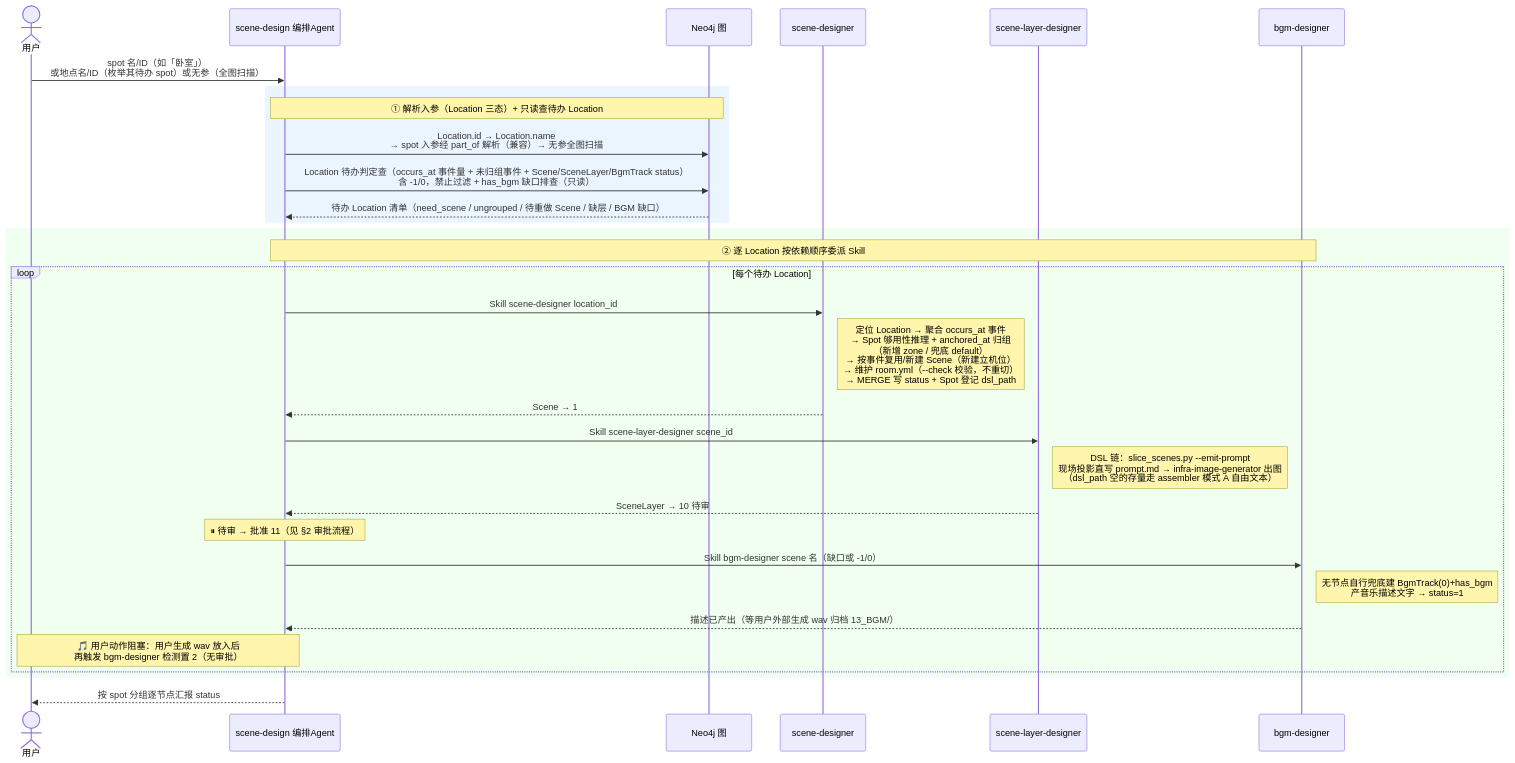
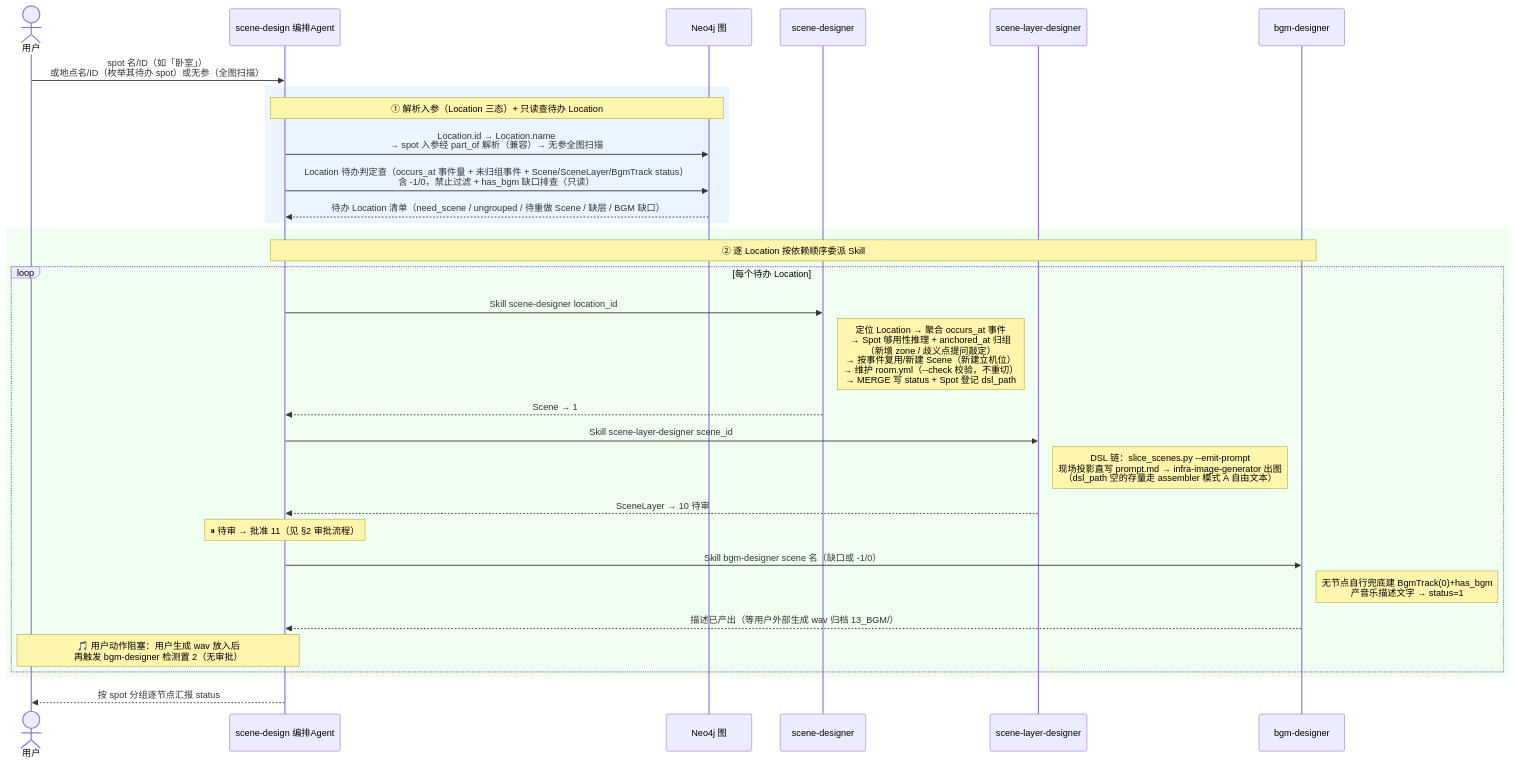
Before and after one commit to CrazyJinn/ProxyLove: the third of 4 diagrams in README.md, drawn with Mermaid. The commit also changed other lines of this file and 70 other files, not shown here.

````diff
--- a/README.md
+++ b/README.md
@@ -179,39 +179,39 @@
 ```mermaid
 sequenceDiagram
     actor U as 用户
     participant A as scene-design 编排Agent
     participant DB as Neo4j 图
     participant Scene as scene-designer
     participant Layer as scene-layer-designer
     participant BGM as bgm-designer
 
     U->>A: spot 名/ID（如「卧室」）<br/>或地点名/ID（枚举其待办 spot）或无参（全图扫描）
 
     rect rgb(235, 245, 255)
     Note over A,DB: ① 解析入参（Location 三态）+ 只读查待办 Location
     A->>DB: Location.id → Location.name<br/>→ spot 入参经 part_of 解析（兼容）→ 无参全图扫描
     A->>DB: Location 待办判定查（occurs_at 事件量 + 未归组事件 + Scene/SceneLayer/BgmTrack status）<br/>含 -1/0，禁止过滤 + has_bgm 缺口排查（只读）
     DB-->>A: 待办 Location 清单（need_scene / ungrouped / 待重做 Scene / 缺层 / BGM 缺口）
     end
 
     rect rgb(240, 255, 240)
     Note over A,BGM: ② 逐 Location 按依赖顺序委派 Skill
     loop 每个待办 Location
         A->>Scene: Skill scene-designer location_id
-        Note right of Scene: 定位 Location → 聚合 occurs_at 事件<br/>→ Spot 够用性推理 + anchored_at 归组<br/>（新增 zone / 兜底 default）<br/>→ 按事件复用/新建 Scene（新建立机位）<br/>→ 维护 room.yml（--check 校验，不重切）<br/>→ MERGE 写 status + Spot 登记 dsl_path
+        Note right of Scene: 定位 Location → 聚合 occurs_at 事件<br/>→ Spot 够用性推理 + anchored_at 归组<br/>（新增 zone / 歧义点提问敲定）<br/>→ 按事件复用/新建 Scene（新建立机位）<br/>→ 维护 room.yml（--check 校验，不重切）<br/>→ MERGE 写 status + Spot 登记 dsl_path
         Scene-->>A: Scene → 1
 
         A->>Layer: Skill scene-layer-designer scene_id
         Note right of Layer: DSL 链：slice_scenes.py --emit-prompt<br/>现场投影直写 prompt.md → infra-image-generator 出图<br/>（dsl_path 空的存量走 assembler 模式 A 自由文本）
         Layer-->>A: SceneLayer → 10 待审
         Note over A: ⏸ 待审 → 批准 11（见 §2 审批流程）
 
         A->>BGM: Skill bgm-designer scene 名（缺口或 -1/0）
         Note right of BGM: 无节点自行兜底建 BgmTrack(0)+has_bgm<br/>产音乐描述文字 → status=1
         BGM-->>A: 描述已产出（等用户外部生成 wav 归档 13_BGM/）
         Note over A,U: 🎵 用户动作阻塞：用户生成 wav 放入后<br/>再触发 bgm-designer 检测置 2（无审批）
     end
     end
 
     A-->>U: 按 spot 分组逐节点汇报 status
 ```
````
